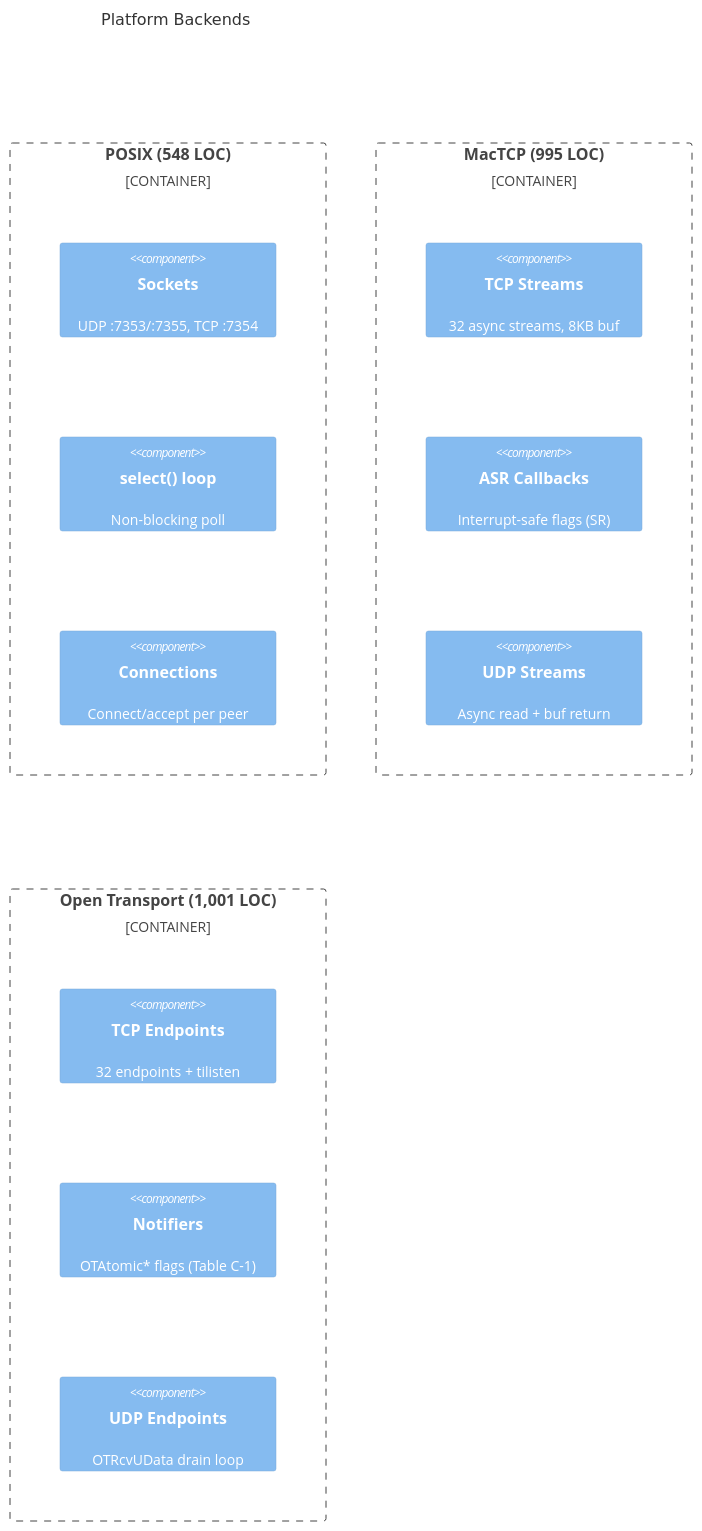
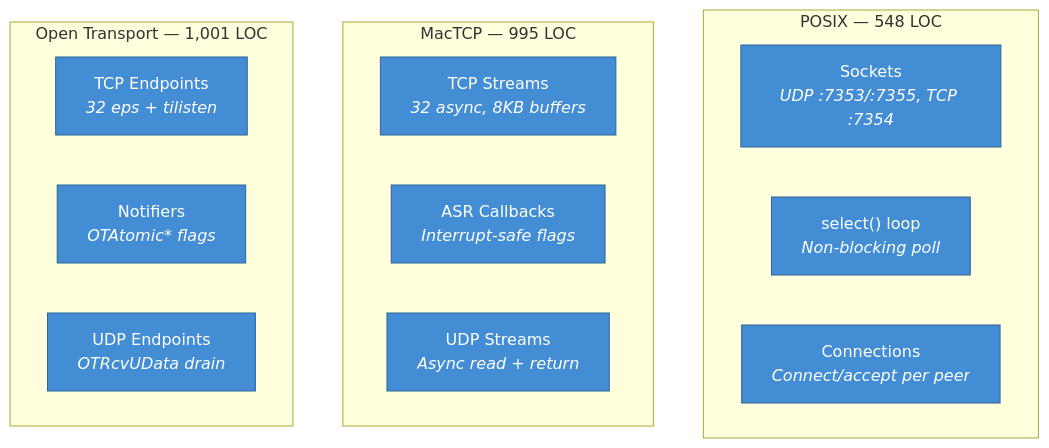
One commit to matthewdeaves/peertalk changed the fourth of 7 diagrams in ARCHITECTURE.md. Above: the diagram before and after it, drawn with Mermaid. The commit also changed other lines of this file and 1 other file, not shown here.

First line of the commit message:
docs: Switch to standard Mermaid flowcharts for all diagrams

````diff
--- a/ARCHITECTURE.md
+++ b/ARCHITECTURE.md
@@ -69,22 +79,30 @@
 ```mermaid
-C4Component
-    title Platform Backends
+graph TB
+    subgraph POSIX ["POSIX — 548 LOC"]
+        p1["Sockets<br/><i>UDP :7353/:7355, TCP :7354</i>"]
+        p2["select() loop<br/><i>Non-blocking poll</i>"]
+        p3["Connections<br/><i>Connect/accept per peer</i>"]
+    end
 
-    Container_Boundary(posix_be, "POSIX (548 LOC)") {
-        Component(posix_sock, "Sockets", "", "UDP :7353/:7355, TCP :7354")
-        Component(posix_poll, "select() loop", "", "Non-blocking poll")
-        Component(posix_conn, "Connections", "", "Connect/accept per peer")
-    }
+    subgraph MacTCP ["MacTCP — 995 LOC"]
+        m1["TCP Streams<br/><i>32 async, 8KB buffers</i>"]
+        m2["ASR Callbacks<br/><i>Interrupt-safe flags</i>"]
+        m3["UDP Streams<br/><i>Async read + return</i>"]
+    end
 
-    Container_Boundary(mactcp_be, "MacTCP (995 LOC)") {
-        Component(mactcp_stream, "TCP Streams", "", "32 async streams, 8KB buf")
-        Component(mactcp_asr, "ASR Callbacks", "", "Interrupt-safe flags (SR)")
-        Component(mactcp_udp, "UDP Streams", "", "Async read + buf return")
-    }
+    subgraph OT ["Open Transport — 1,001 LOC"]
+        o1["TCP Endpoints<br/><i>32 eps + tilisten</i>"]
+        o2["Notifiers<br/><i>OTAtomic* flags</i>"]
+        o3["UDP Endpoints<br/><i>OTRcvUData drain</i>"]
+    end
 
-    Container_Boundary(ot_be, "Open Transport (1,001 LOC)") {
-        Component(ot_ep, "TCP Endpoints", "", "32 endpoints + tilisten")
-        Component(ot_notify, "Notifiers", "", "OTAtomic* flags (Table C-1)")
-        Component(ot_udp_ep, "UDP Endpoints", "", "OTRcvUData drain loop")
-    }
+    style p1 fill:#438dd5,stroke:#2e6295,color:#fff
+    style p2 fill:#438dd5,stroke:#2e6295,color:#fff
+    style p3 fill:#438dd5,stroke:#2e6295,color:#fff
+    style m1 fill:#438dd5,stroke:#2e6295,color:#fff
+    style m2 fill:#438dd5,stroke:#2e6295,color:#fff
+    style m3 fill:#438dd5,stroke:#2e6295,color:#fff
+    style o1 fill:#438dd5,stroke:#2e6295,color:#fff
+    style o2 fill:#438dd5,stroke:#2e6295,color:#fff
+    style o3 fill:#438dd5,stroke:#2e6295,color:#fff
 ```
````
